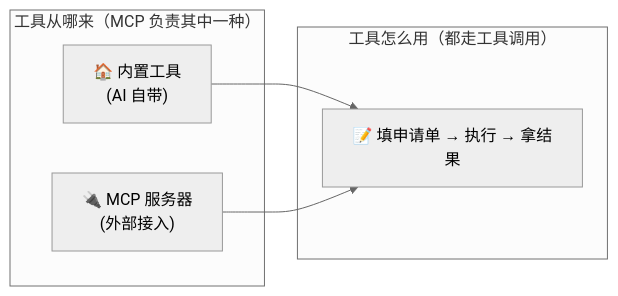
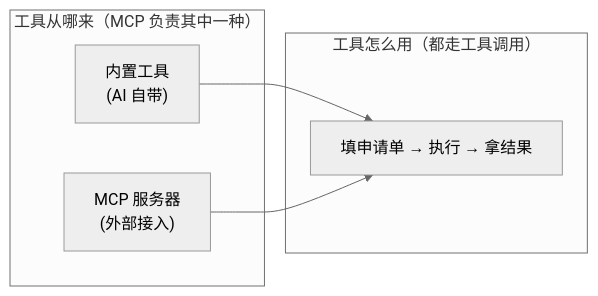
The sixth of 6 diagrams in docs/02_CONCEPTS_概念入门/CONCEPT/[CONCEPT-04] 什么是MCP-模型上下文协议.md (luckykhy/KhyAiHub), drawn with Mermaid (neutral theme) before and after one commit. The commit also changed other lines of this file and 19 other files, not shown here.

````diff
--- a/docs/02_CONCEPTS_概念入门/CONCEPT/[CONCEPT-04] 什么是MCP-模型上下文协议.md
+++ b/docs/02_CONCEPTS_概念入门/CONCEPT/[CONCEPT-04] 什么是MCP-模型上下文协议.md
@@ -241,12 +241,12 @@
 ```mermaid
 flowchart LR
   subgraph 来源["工具从哪来（MCP 负责其中一种）"]
-    直接["🏠 内置工具<br/>(AI 自带)"]
-    经MCP["🔌 MCP 服务器<br/>(外部接入)"]
+    直接["内置工具<br/>(AI 自带)"]
+    经MCP["MCP 服务器<br/>(外部接入)"]
   end
   subgraph 使用["工具怎么用（都走工具调用）"]
-    调用["📝 填申请单 → 执行 → 拿结果"]
+    调用["填申请单 → 执行 → 拿结果"]
   end
   直接 --> 调用
   经MCP --> 调用
 ```
````
